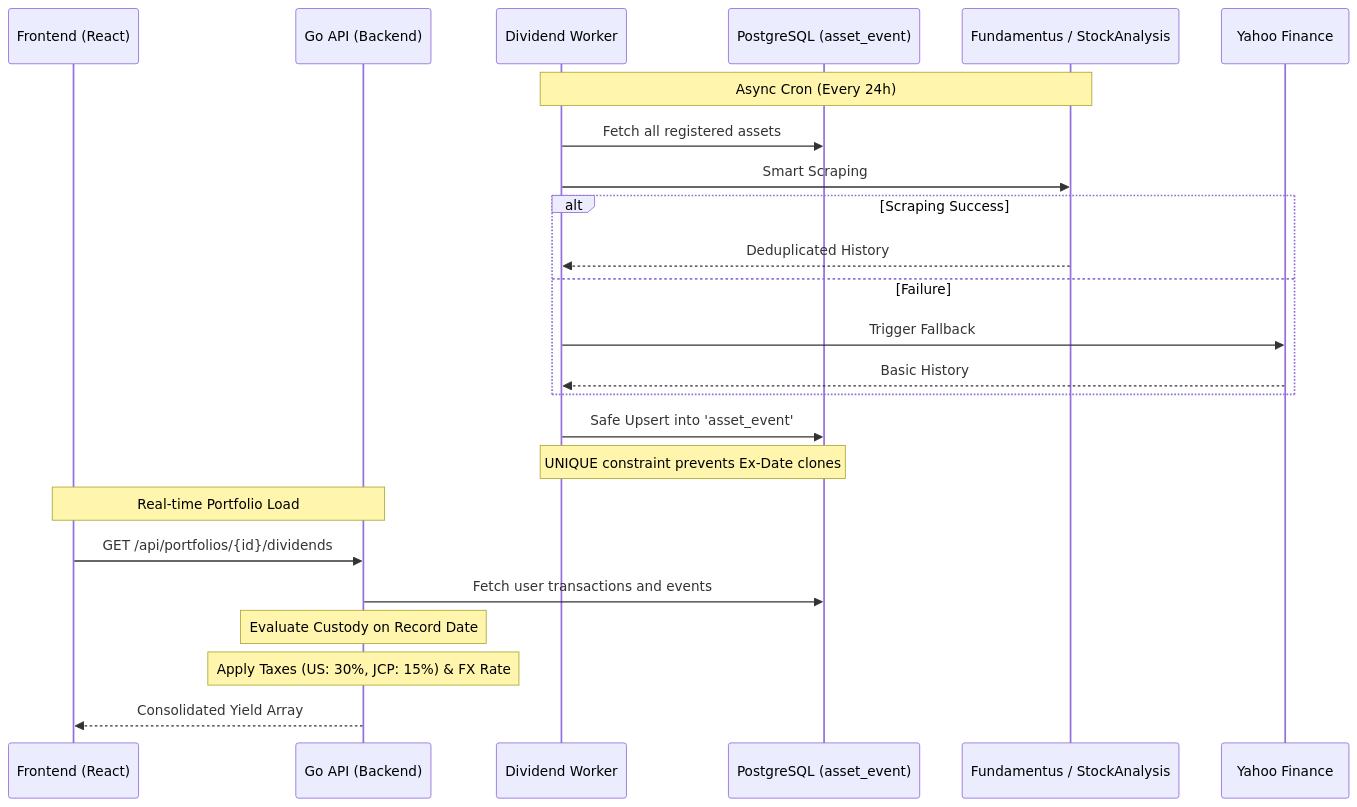
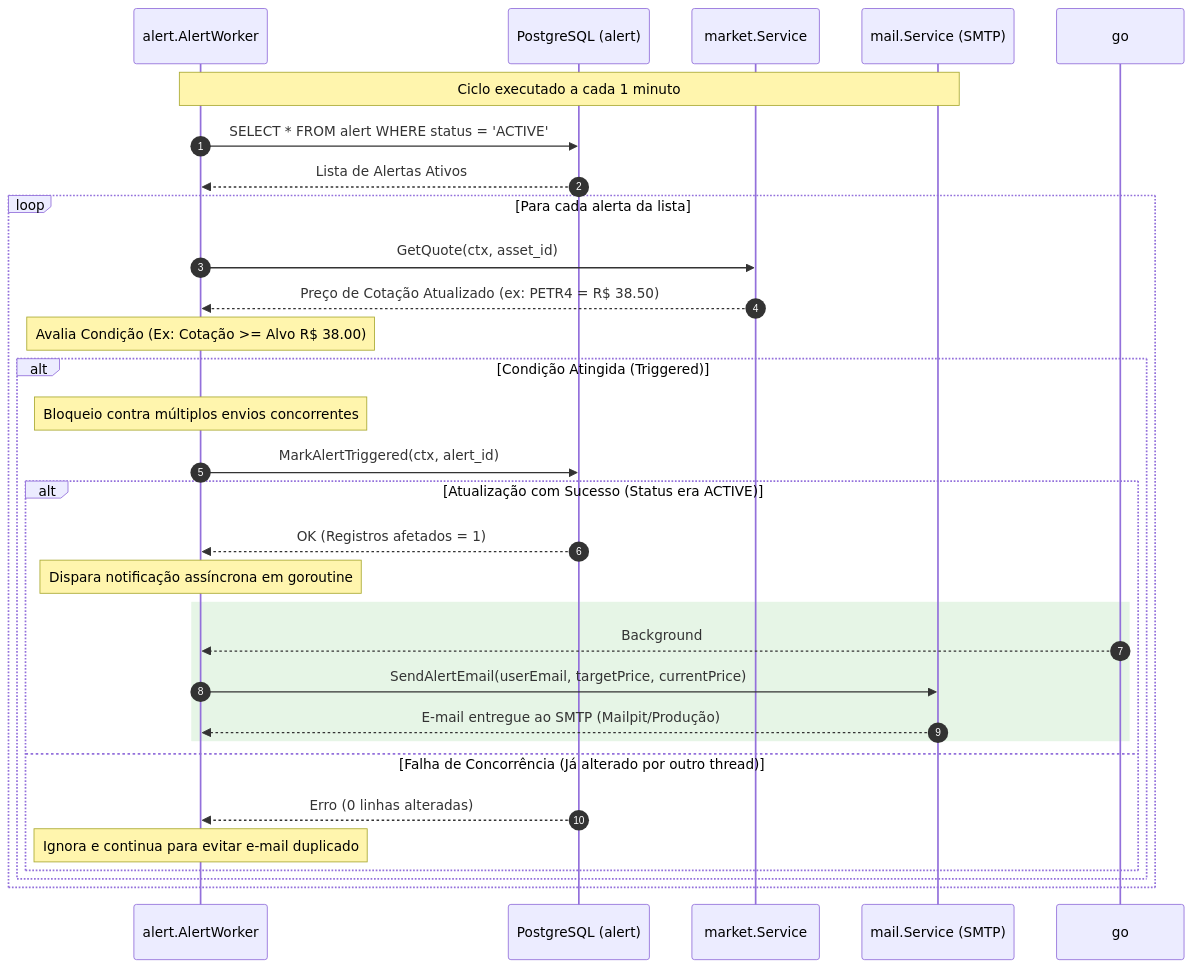
One commit to enakamura3/stock-pulse changed the sixth of 7 diagrams in README.md. Above: the diagram before and after it, drawn with Mermaid. The commit also changed other lines of this file and 5 other files, not shown here.

Commit message:
docs: consolidate architecture into single-page README with mermaid diagrams

````diff
--- a/README.md
+++ b/README.md
@@ -202,28 +496,35 @@
 ```mermaid
 sequenceDiagram
-    participant User as Frontend (React)
-    participant API as Go API (Backend)
-    participant Worker as Dividend Worker
-    participant DB as PostgreSQL (asset_event)
-    participant Scrapers as Fundamentus / StockAnalysis
-    participant Yahoo as Yahoo Finance
+    autonumber
+    participant Worker as alert.AlertWorker
+    participant DB as PostgreSQL (alert)
+    participant Market as market.Service
+    participant Mail as mail.Service (SMTP)
 
-    Note over Worker,Scrapers: Async Cron (Every 24h)
-    Worker->>DB: Fetch all registered assets
-    Worker->>Scrapers: Smart Scraping
-    alt Scraping Success
-        Scrapers-->>Worker: Deduplicated History
-    else Failure
-        Worker->>Yahoo: Trigger Fallback
-        Yahoo-->>Worker: Basic History
+    Note over Worker, Mail: Ciclo executado a cada 1 minuto
+    Worker->>DB: SELECT * FROM alert WHERE status = 'ACTIVE'
+    DB-->>Worker: Lista de Alertas Ativos
+    
+    loop Para cada alerta da lista
+        Worker->>Market: GetQuote(ctx, asset_id)
+        Market-->>Worker: Preço de Cotação Atualizado (ex: PETR4 = R$ 38.50)
+        Note over Worker: Avalia Condição (Ex: Cotação >= Alvo R$ 38.00)
+        
+        alt Condição Atingida (Triggered)
+            Note over Worker: Bloqueio contra múltiplos envios concorrentes
+            Worker->>DB: MarkAlertTriggered(ctx, alert_id)
+            alt Atualização com Sucesso (Status era ACTIVE)
+                DB-->>Worker: OK (Registros afetados = 1)
+                Note over Worker: Dispara notificação assíncrona em goroutine
+                rect rgb(230, 245, 230)
+                    go-->>Worker: Background
+                    Worker->>Mail: SendAlertEmail(userEmail, targetPrice, currentPrice)
+                    Mail-->>Worker: E-mail entregue ao SMTP (Mailpit/Produção)
+                end
+            else Falha de Concorrência (Já alterado por outro thread)
+                DB-->>Worker: Erro (0 linhas alteradas)
+                Note over Worker: Ignora e continua para evitar e-mail duplicado
+            end
+        end
     end
-    Worker->>DB: Safe Upsert into 'asset_event'
-    Note over Worker,DB: UNIQUE constraint prevents Ex-Date clones
-
-    Note over User,API: Real-time Portfolio Load
-    User->>API: GET /api/portfolios/{id}/dividends
-    API->>DB: Fetch user transactions and events
-    Note over API: Evaluate Custody on Record Date
-    Note over API: Apply Taxes (US: 30%, JCP: 15%) & FX Rate
-    API-->>User: Consolidated Yield Array
 ```
````
